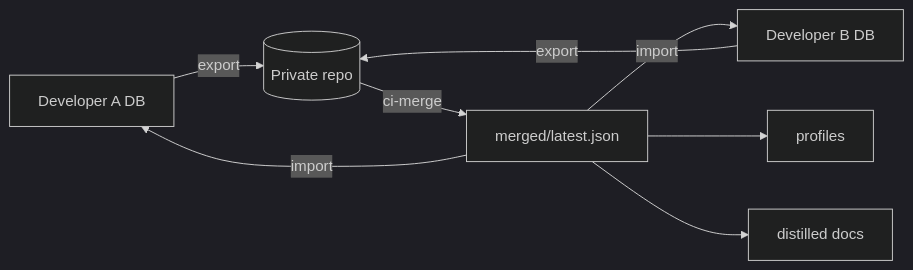
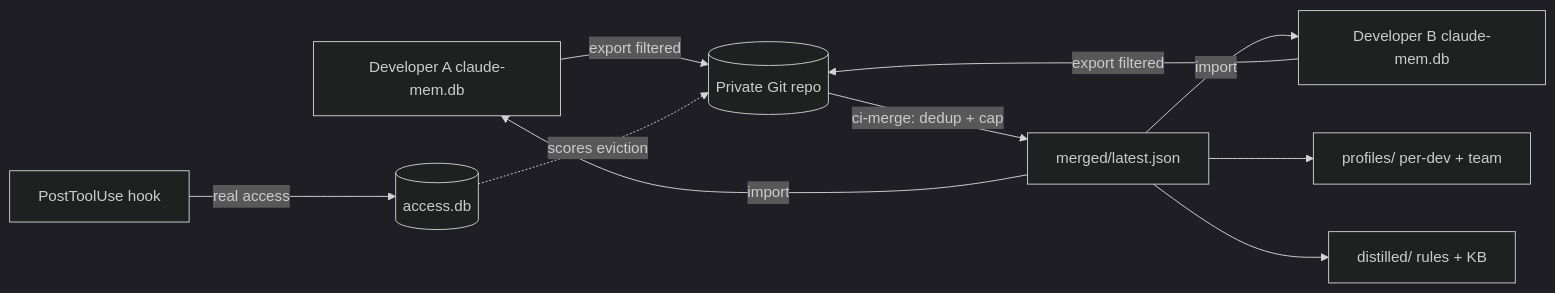
One commit to lopadova/claude-mem-sync changed the diagram in docs-site/docs/index.md. Above: the diagram before and after it, drawn with Mermaid (dark theme). The commit also changed other lines of this file and 3 other files, not shown here.

````diff
--- a/docs-site/docs/index.md
+++ b/docs-site/docs/index.md
@@ -30,10 +185,12 @@
 ```mermaid
 flowchart LR
-  A[Developer A DB] -->|export| R[(Private repo)]
-  B[Developer B DB] -->|export| R
-  R -->|ci-merge| M[merged/latest.json]
+  A[Developer A claude-mem.db] -->|export filtered| R[(Private Git repo)]
+  B[Developer B claude-mem.db] -->|export filtered| R
+  R -->|ci-merge: dedup + cap| M[merged/latest.json]
   M -->|import| A
   M -->|import| B
-  M --> P[profiles]
-  M --> D[distilled docs]
+  M --> P[profiles/ per-dev + team]
+  M --> D[distilled/ rules + KB]
+  H[PostToolUse hook] -->|real access| AX[(access.db)]
+  AX -.->|scores eviction| R
 ```
````
